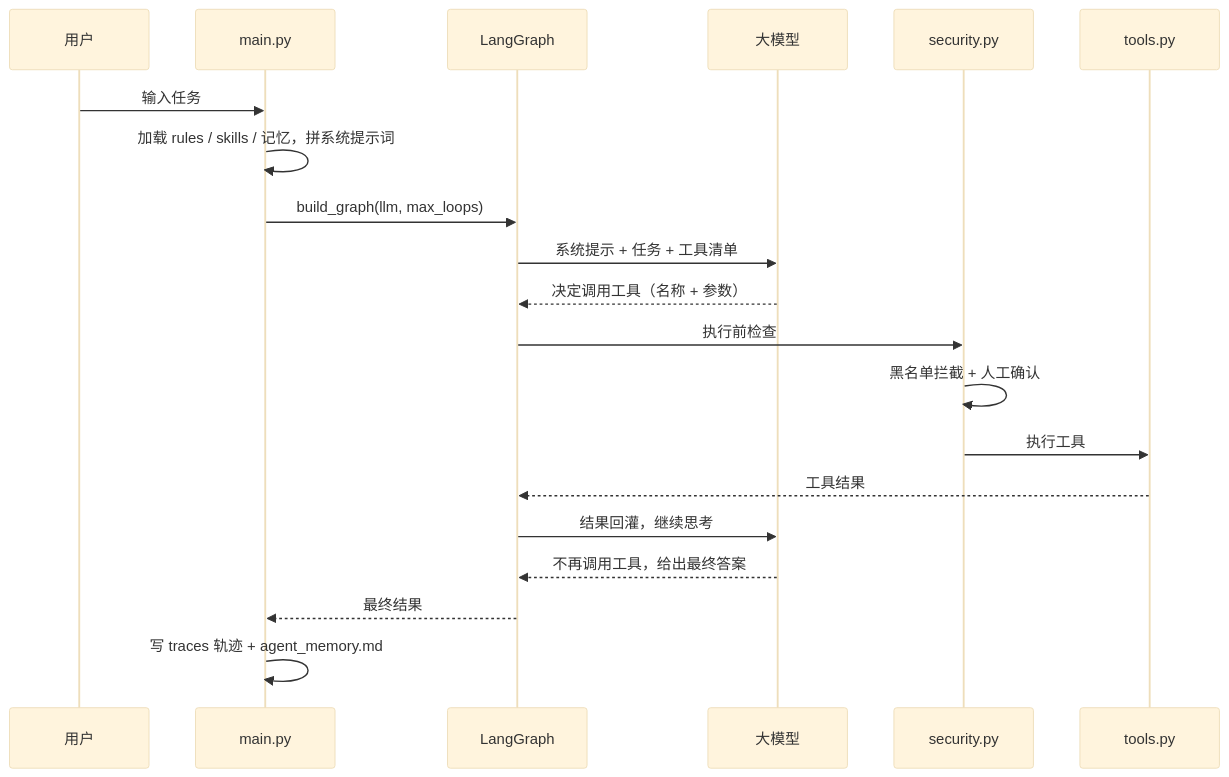
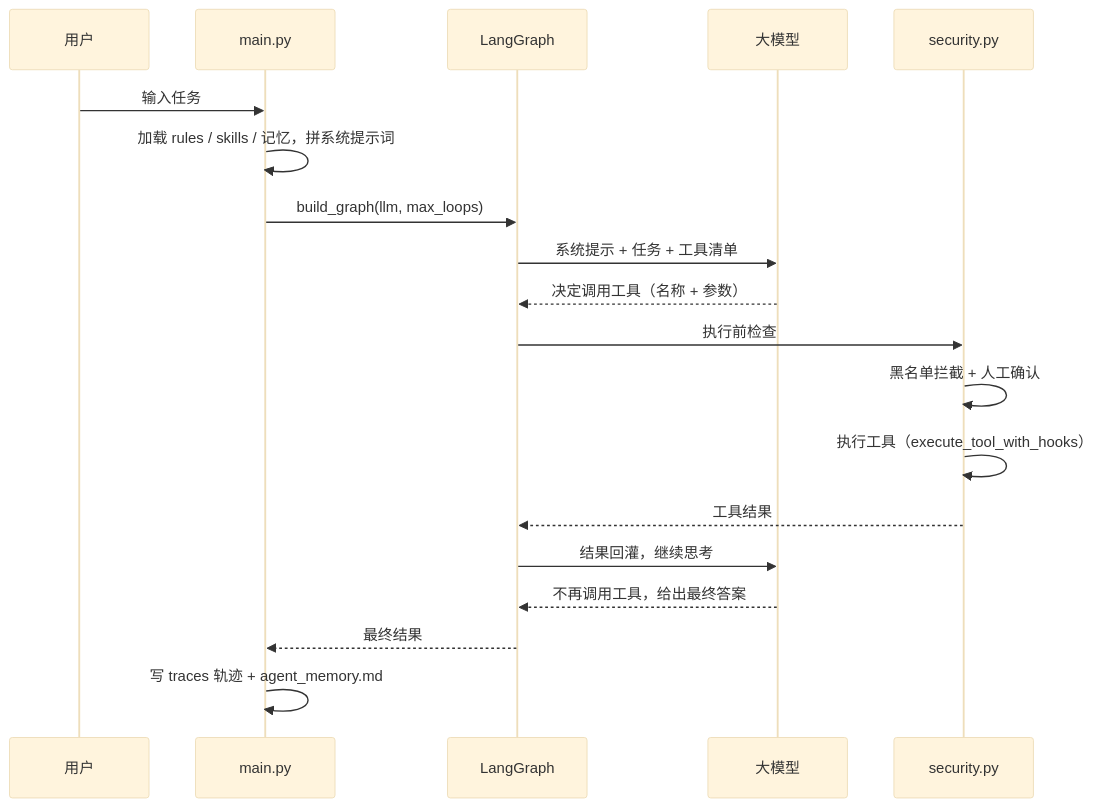
One commit to user-canghai/agent_forge changed the diagram in README.md. Above: the diagram before and after it, drawn with Mermaid (base theme).

Commit message:
docs: 精简时序图，工具执行合并到 security.py

````diff
--- a/README.md
+++ b/README.md
@@ -35,23 +35,22 @@
 ```mermaid
 sequenceDiagram
     participant U as 用户
     participant M as main.py
     participant G as LangGraph
     participant L as 大模型
     participant S as security.py
-    participant T as tools.py
 
     U->>M: 输入任务
     M->>M: 加载 rules / skills / 记忆，拼系统提示词
     M->>G: build_graph(llm, max_loops)
     G->>L: 系统提示 + 任务 + 工具清单
     L-->>G: 决定调用工具（名称 + 参数）
     G->>S: 执行前检查
     S->>S: 黑名单拦截 + 人工确认
-    S->>T: 执行工具
-    T-->>G: 工具结果
+    S->>S: 执行工具（execute_tool_with_hooks）
+    S-->>G: 工具结果
     G->>L: 结果回灌，继续思考
     L-->>G: 不再调用工具，给出最终答案
     G-->>M: 最终结果
     M->>M: 写 traces 轨迹 + agent_memory.md
 ```
````
